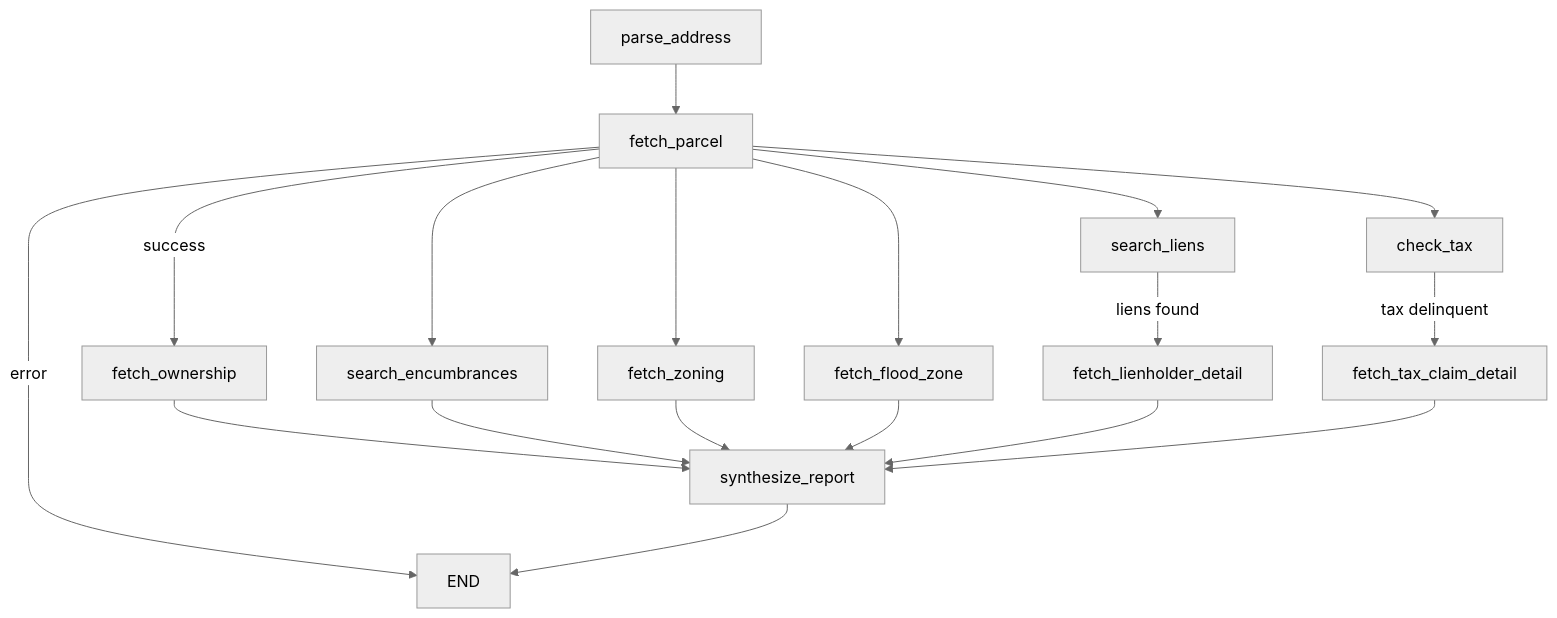
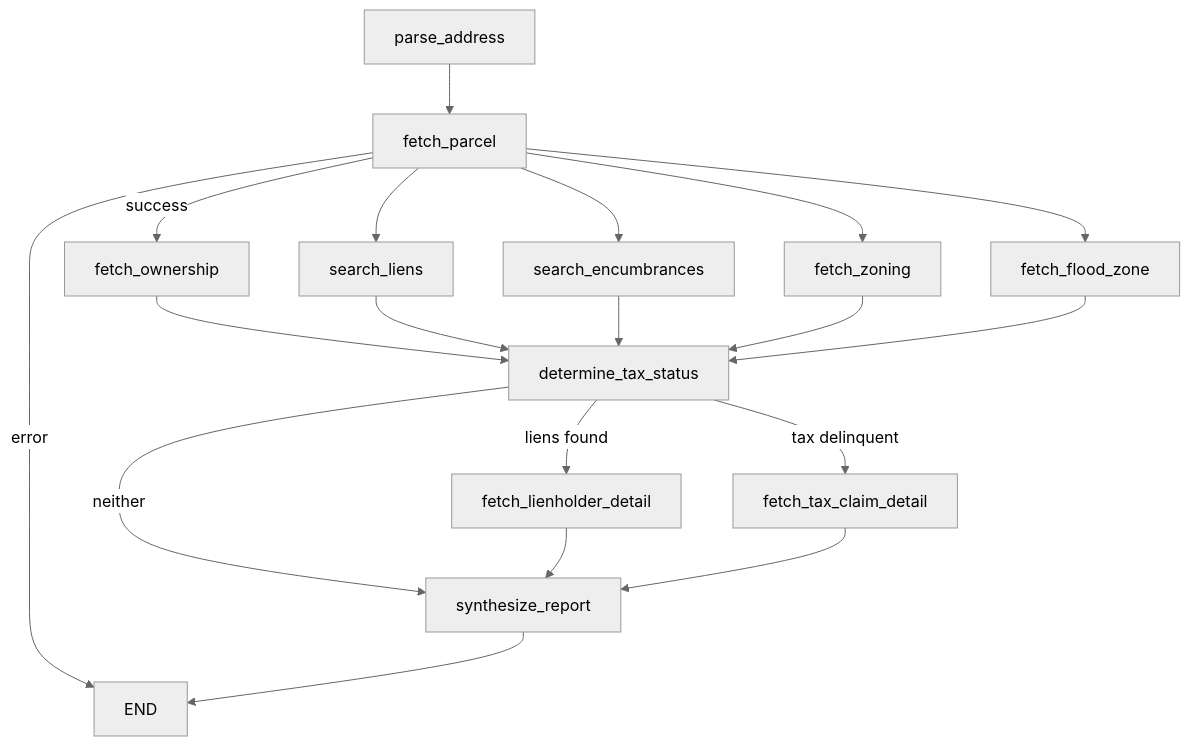
The diagram in README.md (coreystevensdev/titletrace), drawn with Mermaid (neutral theme) before and after one commit. The commit also changed 2 other files, not shown here.

Commit message:
fix: correct stale check_tax references in README diagram and ATTOM comment
The Mermaid diagram still showed check_tax as a parallel fan-out node
feeding fetch_tax_claim_detail directly. It was replaced by
determine_tax_status, which runs sequentially after the five remaining
parallel nodes finish, then routes into the existing lien/tax-claim
conditional. Updated the diagram to match graph.py's actual topology.

Also updated a stale comment in fetch_tax_claim_detail_attom that still
named check_tax, and dropped an unused _ATTOM_BASE import in
tests/test_graph.py.

````diff
--- a/README.md
+++ b/README.md
@@ -25,16 +25,16 @@
 ```mermaid
 flowchart TD
     A[parse_address] --> B[fetch_parcel]
     B -->|error| Z[END]
     B -->|success| C1[fetch_ownership]
     B --> C2[search_liens]
     B --> C3[search_encumbrances]
     B --> C4[fetch_zoning]
-    B --> C5[check_tax]
     B --> C6[fetch_flood_zone]
-    C2 -->|liens found| D1[fetch_lienholder_detail]
+    C1 & C2 & C3 & C4 & C6 --> C5[determine_tax_status]
+    C5 -->|liens found| D1[fetch_lienholder_detail]
     C5 -->|tax delinquent| D2[fetch_tax_claim_detail]
-    C1 & C3 & C4 & C6 --> E[synthesize_report]
+    C5 -->|neither| E[synthesize_report]
     D1 & D2 --> E
     E --> Z
 ```
````
